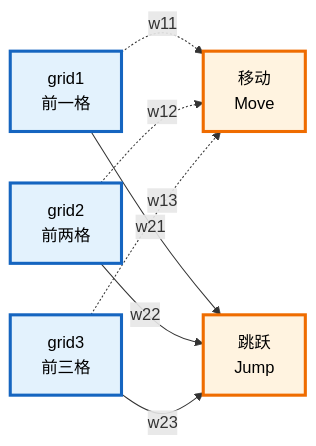
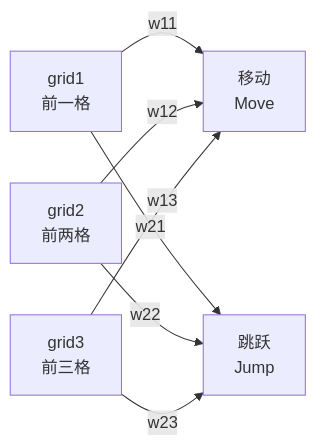
The first of 3 diagrams in docs/双输出网络结构.md (shikeik/ai-sandbox), drawn with Mermaid before and after one commit. The commit also changed other lines of this file, not shown here.

Commit message:
修复Mermaid语法，使用标准flowchart语法

````diff
--- a/docs/双输出网络结构.md
+++ b/docs/双输出网络结构.md
@@ -5,29 +5,17 @@
 ```mermaid
-graph LR
-    %% 输入层
+flowchart LR
     I1[grid1<br/>前一格]
     I2[grid2<br/>前两格]
     I3[grid3<br/>前三格]
     
-    %% 输出层
     O1[移动<br/>Move]
     O2[跳跃<br/>Jump]
     
-    %% 交叉连线 - 输入到移动
-    I1 -.->|w11| O1
-    I2 -.->|w12| O1
-    I3 -.->|w13| O1
+    I1 -->|w11| O1
+    I2 -->|w12| O1
+    I3 -->|w13| O1
     
-    %% 交叉连线 - 输入到跳跃
     I1 -->|w21| O2
     I2 -->|w22| O2
     I3 -->|w23| O2
-    
-    %% 样式
-    classDef input fill:#e3f2fd,stroke:#1565c0,stroke-width:3px,color:#000
-    classDef output fill:#fff3e0,stroke:#ef6c00,stroke-width:3px,color:#000
-    classDef weight fill:none,stroke:#666,stroke-width:1px
-    
-    class I1,I2,I3 input
-    class O1,O2 output
 ```
````
